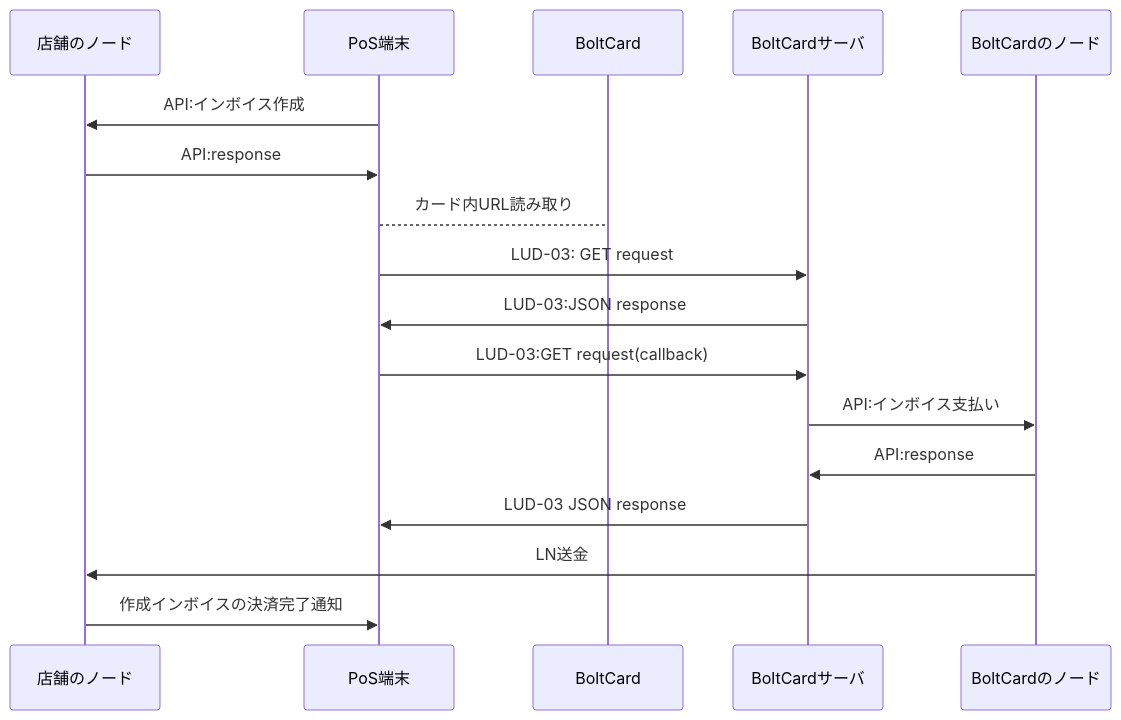
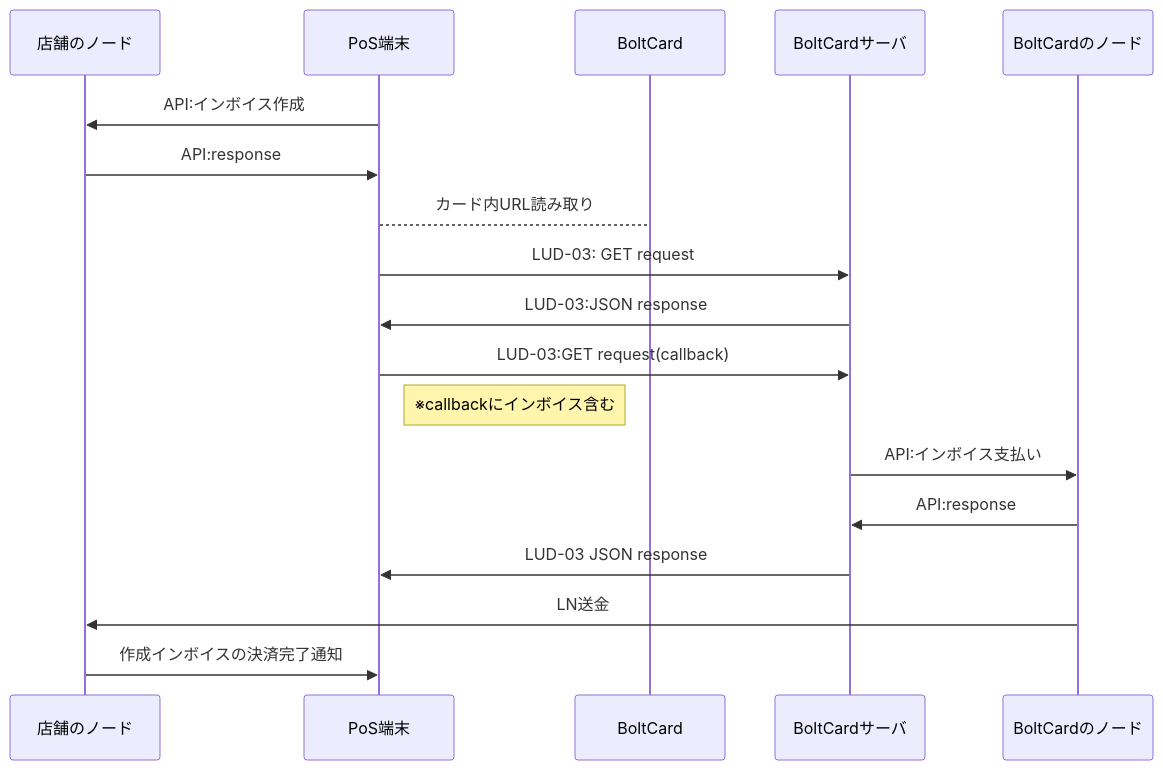
One commit to GDur4n66/my-documents changed the diagram in taptopay(BoltCard-LNURLwithdraw).md. Above: the diagram before and after it, drawn with Mermaid.

````diff
--- a/taptopay(BoltCard-LNURLwithdraw).md
+++ b/taptopay(BoltCard-LNURLwithdraw).md
@@ -3,24 +3,25 @@
 ```mermaid
 sequenceDiagram
     participant 店舗のノード
     participant PoS端末
     participant BoltCard
     participant BoltCardサーバ
     participant BoltCardのノード
 
 
     PoS端末->>店舗のノード: API:インボイス作成
     店舗のノード->>PoS端末: API:response
     PoS端末-->BoltCard: カード内URL読み取り
 
     PoS端末->>BoltCardサーバ: LUD-03: GET request
     BoltCardサーバ->>PoS端末: LUD-03:JSON response
     PoS端末->>BoltCardサーバ: LUD-03:GET request(callback)
+    Note right of PoS端末: ※callbackにインボイス含む
     BoltCardサーバ->>BoltCardのノード: API:インボイス支払い
 　　BoltCardのノード->>BoltCardサーバ: API:response
     BoltCardサーバ->>PoS端末: LUD-03 JSON response
 
     BoltCardのノード->>店舗のノード: LN送金
     店舗のノード->>PoS端末: 作成インボイスの決済完了通知
 
 ```
````
